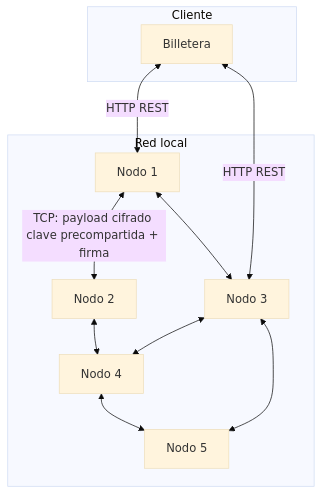
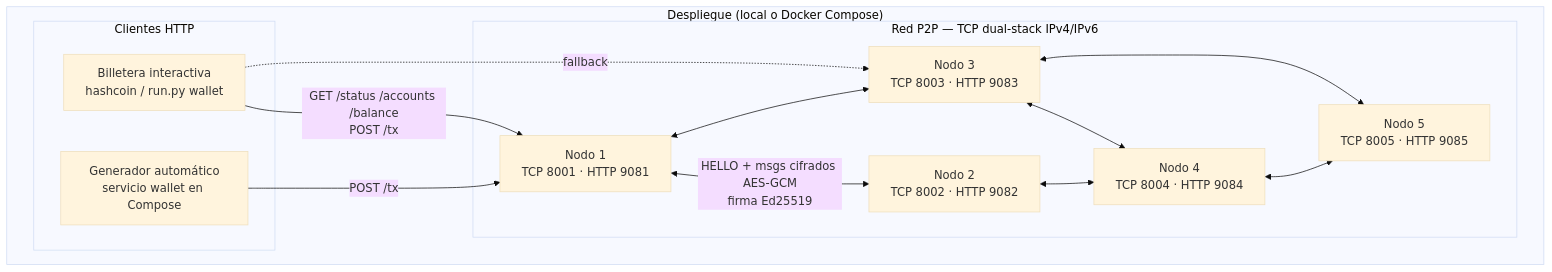
Before and after one commit to Ignacio687/final_computacion_II: the diagram in diagramas/arquitectura/arquitectura.mmd, drawn with Mermaid (base theme). The commit also changed 13 other files, not shown here.

First line of the commit message:
docs(diagramas): sincronizar Mermaid y PNG con el código actual

```diff
--- a/diagramas/arquitectura/arquitectura.mmd
+++ b/diagramas/arquitectura/arquitectura.mmd
@@ -1,19 +1,23 @@
 flowchart TB
-  subgraph red["Red local"]
-    N1[Nodo 1]
-    N2[Nodo 2]
-    N3[Nodo 3]
-    N4[Nodo 4]
-    N5[Nodo 5]
-    N1 <-->|TCP: payload cifrado clave precompartida + firma| N2
-    N1 <--> N3
-    N2 <--> N4
-    N3 <--> N4
-    N3 <--> N5
-    N4 <--> N5
+  subgraph despliegue["Despliegue (local o Docker Compose)"]
+    subgraph red["Red P2P — TCP dual-stack IPv4/IPv6"]
+      N1[Nodo 1<br/>TCP 8001 · HTTP 9081]
+      N2[Nodo 2<br/>TCP 8002 · HTTP 9082]
+      N3[Nodo 3<br/>TCP 8003 · HTTP 9083]
+      N4[Nodo 4<br/>TCP 8004 · HTTP 9084]
+      N5[Nodo 5<br/>TCP 8005 · HTTP 9085]
+      N1 <-->|HELLO + msgs cifrados AES-GCM<br/>firma Ed25519| N2
+      N1 <--> N3
+      N2 <--> N4
+      N3 <--> N4
+      N3 <--> N5
+      N4 <--> N5
+    end
+    subgraph cliente["Clientes HTTP"]
+      B[Billetera interactiva<br/>hashcoin / run.py wallet]
+      G[Generador automático<br/>servicio wallet en Compose]
+    end
   end
-  subgraph cliente["Cliente"]
-    B[Billetera]
-  end
-  B <-->|HTTP REST| N1
-  B <-->|HTTP REST| N3
+  G -->|POST /tx| N1
+  B -->|GET /status /accounts /balance<br/>POST /tx| N1
+  B -.->|fallback| N3
```
